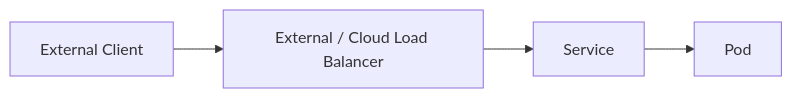
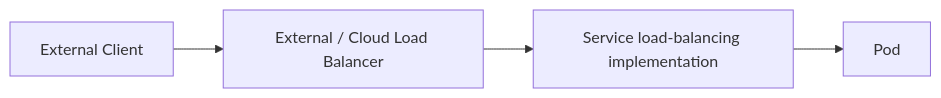
Diagram 13 of 22 in kubernetes-architecture-and-communication-flow.md (karthikreddy432/CKAD), drawn with Mermaid before and after one commit. The commit also changed other lines of this file and 13 other files, not shown here.

````diff
--- a/kubernetes-architecture-and-communication-flow.md
+++ b/kubernetes-architecture-and-communication-flow.md
@@ -650,11 +692,11 @@
 ```mermaid
 flowchart LR
     Client["External Client"]
     LB["External / Cloud Load Balancer"]
-    Service["Service"]
+    Proxy["Service load-balancing implementation"]
     Pod["Pod"]
 
     Client --> LB
-    LB --> Service
-    Service --> Pod
+    LB --> Proxy
+    Proxy --> Pod
 ```
````
